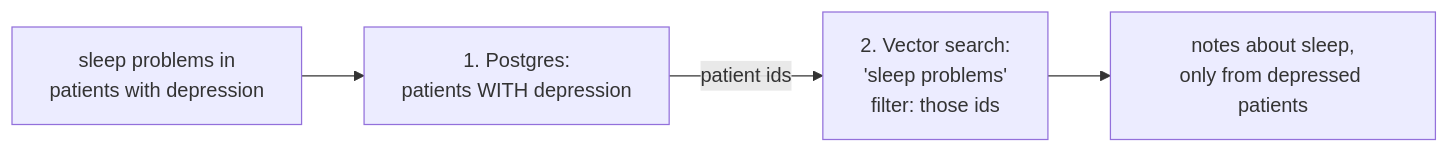
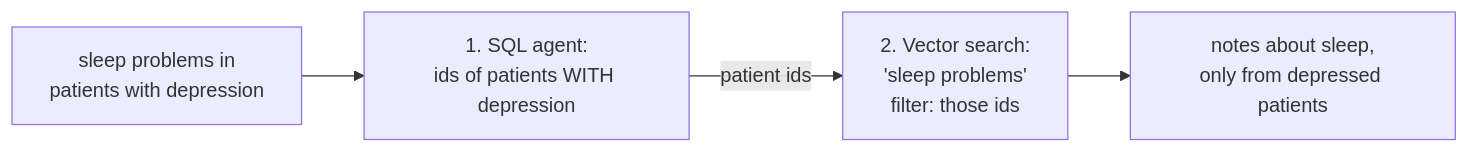
One commit to projectshft/parsity_medical_rag changed the diagram in curriculum/w2-04-hybrid-queries.md. Above: the diagram before and after it, drawn with Mermaid. The commit also changed other lines of this file and 4 other files, not shown here.

````diff
--- a/curriculum/w2-04-hybrid-queries.md
+++ b/curriculum/w2-04-hybrid-queries.md
@@ -20,6 +20,6 @@
 ```mermaid
 flowchart LR
-    Q["sleep problems in<br/>patients with depression"] --> S[1. Postgres:<br/>patients WITH depression]
+    Q["sleep problems in<br/>patients with depression"] --> S[1. SQL agent:<br/>ids of patients WITH depression]
     S -->|"patient ids"| V[2. Vector search:<br/>'sleep problems'<br/>filter: those ids]
     V --> R[notes about sleep,<br/>only from depressed patients]
 ```
````
